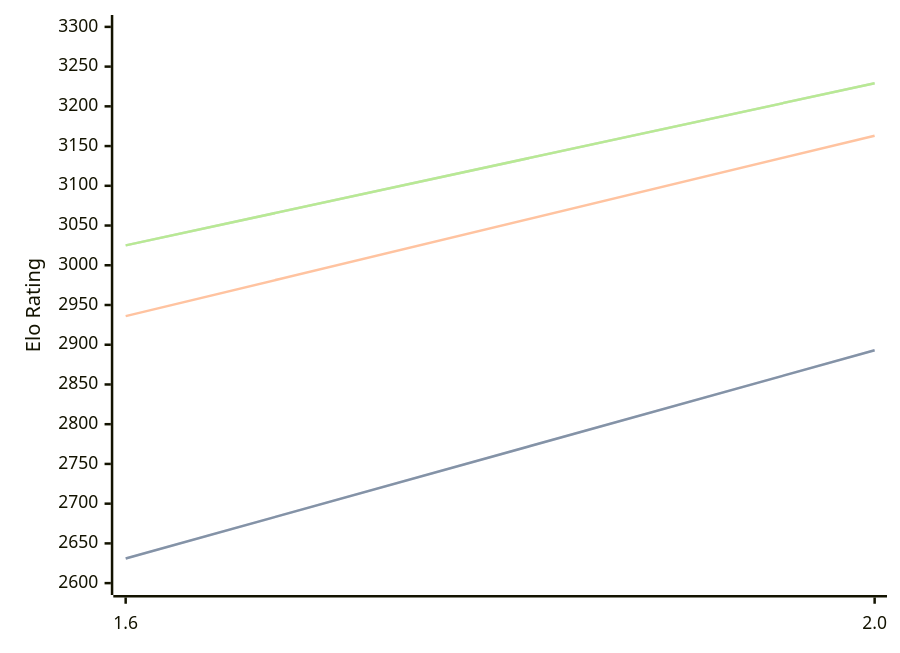
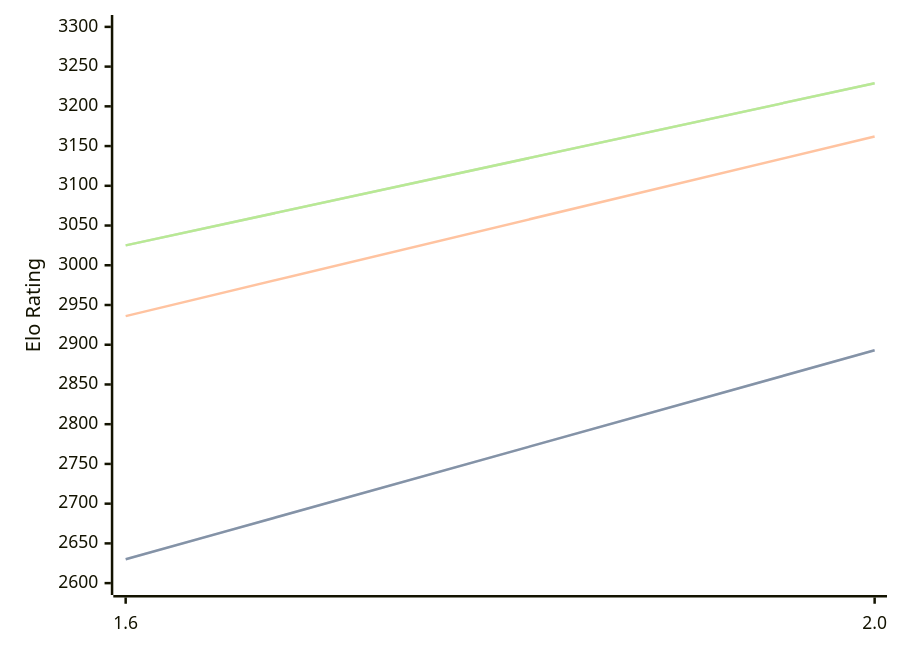
One commit to computer-chess-index/cci changed the diagram in engines/Onyx.md. Above: the diagram before and after it, drawn with Mermaid. The commit also changed other lines of this file, not shown here.

````diff
--- a/engines/Onyx.md
+++ b/engines/Onyx.md
@@ -32,11 +32,11 @@
 ```mermaid
 %%{init: {"theme":"base","themeVariables":{"seriesColors:['#a3a3a3','#222221','#faa371']}}}%%
 xychart-beta
   x-axis ["1.6", "2.0"]
   y-axis "Elo Rating" 2600 --> 3300
-  line "" [2631, 2893]
-  line "STC (8.0+0.08s)" [2631, 2893]
-  line "LTC (60.0+0.60s)" [2936, 3163]
+  line "" [2630, 2893]
+  line "STC (8.0+0.08s)" [2630, 2893]
+  line "LTC (60.0+0.60s)" [2936, 3162]
   line "" [3025, 3229]
   line "VLTC (2m24s+1.12s)" [3025, 3229]
 ```
````
